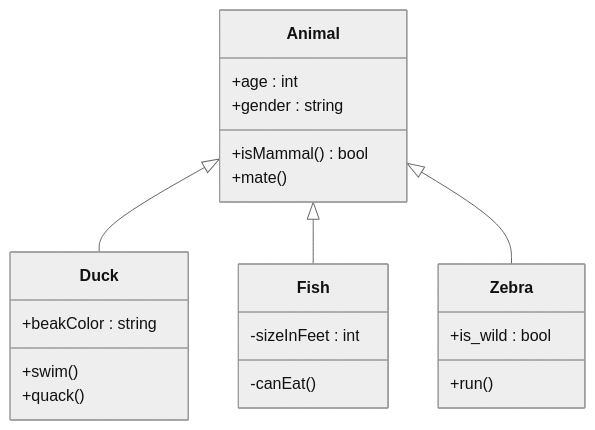
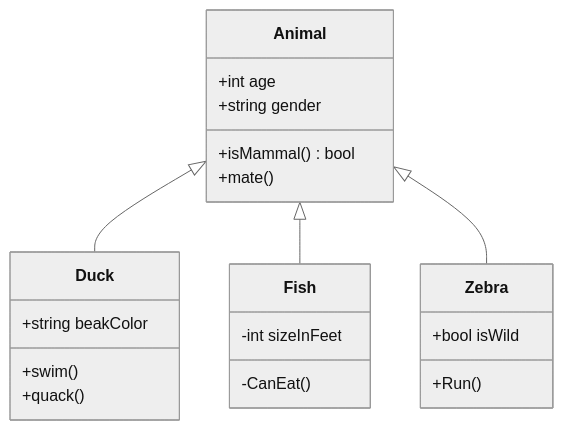
The second of 3 diagrams in Lesson01.md (ZhiZe-ZG/UMLLesson), drawn with Mermaid (neutral theme) before and after one commit. The commit also changed other lines of this file and 3 other files, not shown here.

````diff
--- a/Lesson01.md
+++ b/Lesson01.md
@@ -115,28 +115,28 @@
 ```mermaid
 classDiagram
 %% First comment.
     %% Second comment.
     class Animal{
-        +age : int
-        +gender : string
+        +int age
+        +string gender
         +isMammal() bool
         +mate()
     }
     %% Third comment.
     class Duck{
-        +beakColor : string
+        +string beakColor
         +swim()
         +quack()
     }
     class Fish{
-        -sizeInFeet : int
-        -canEat()
+        -int sizeInFeet
+        -CanEat()
     }
     class Zebra{
-        +is_wild : bool
-        +run()
+        +bool isWild
+        +Run()
     }
     Animal <|-- Duck
     Animal <|-- Fish
     Animal <|-- Zebra
 ```
````
